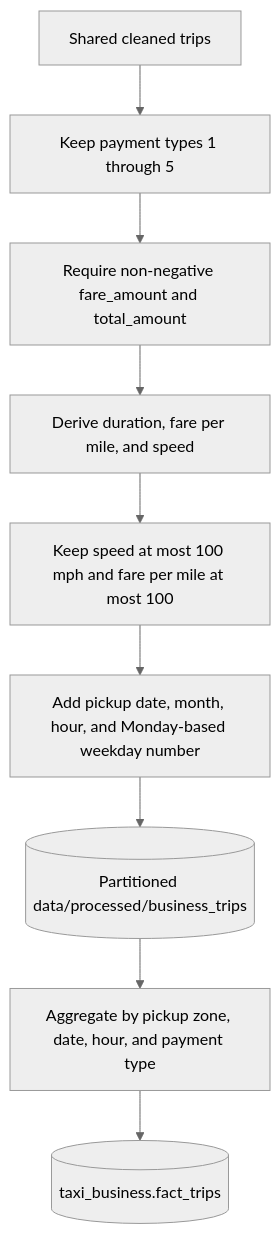
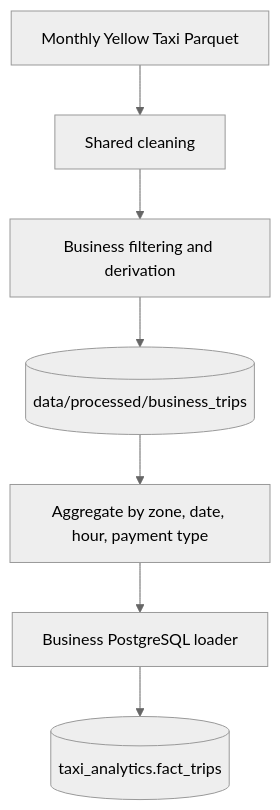
The second of 2 diagrams in docs/data_pipeline.md (georgeballa7/NycTaxiDemandForecasting), drawn with Mermaid (neutral theme) before and after one commit. The commit also changed other lines of this file and 4 other files, not shown here.

Commit message:
docs: update architecture and pipeline documentation

````diff
--- a/docs/data_pipeline.md
+++ b/docs/data_pipeline.md
@@ -110,11 +79,9 @@
 ```mermaid
 flowchart TD
-    CLEAN[Shared cleaned trips] --> PAY[Keep payment types 1 through 5]
-    PAY --> MONEY[Require non-negative fare_amount and total_amount]
-    MONEY --> DERIVE[Derive duration, fare per mile, and speed]
-    DERIVE --> OUTLIER[Keep speed at most 100 mph and fare per mile at most 100]
-    OUTLIER --> CAL[Add pickup date, month, hour, and Monday-based weekday number]
-    CAL --> BT[(Partitioned data/processed/business_trips)]
-    BT --> GROUP[Aggregate by pickup zone, date, hour, and payment type]
-    GROUP --> FT[(taxi_business.fact_trips)]
+    RAW[Monthly Yellow Taxi Parquet] --> CLEAN[Shared cleaning]
+    CLEAN --> BUSINESS[Business filtering and derivation]
+    BUSINESS --> BT[(data/processed/business_trips)]
+    BT --> GROUP[Aggregate by zone, date, hour, payment type]
+    GROUP --> LOAD[Business PostgreSQL loader]
+    LOAD --> FACT[(taxi_analytics.fact_trips)]
 ```
````
